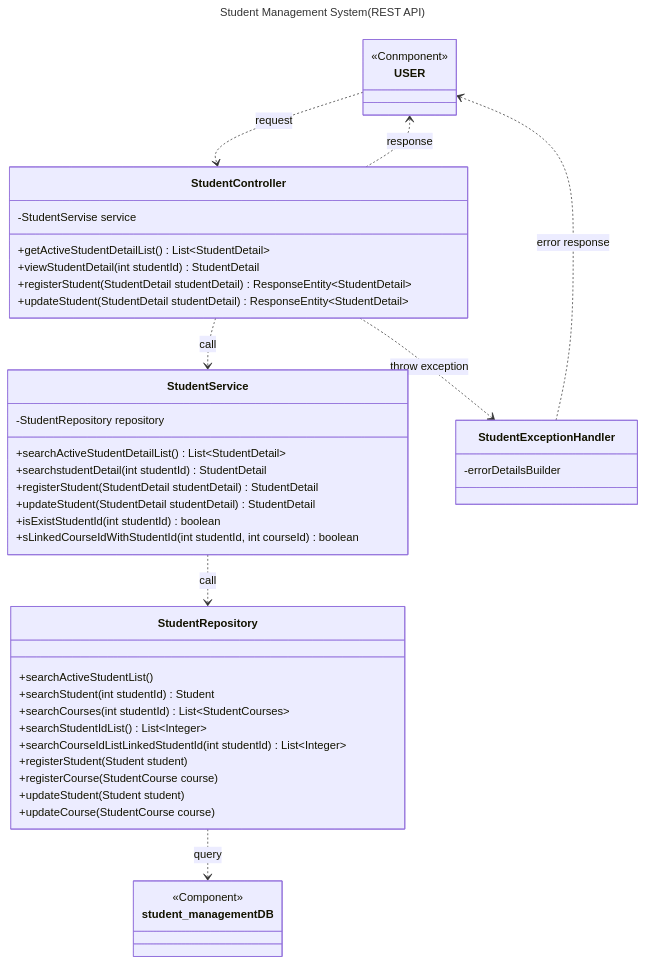
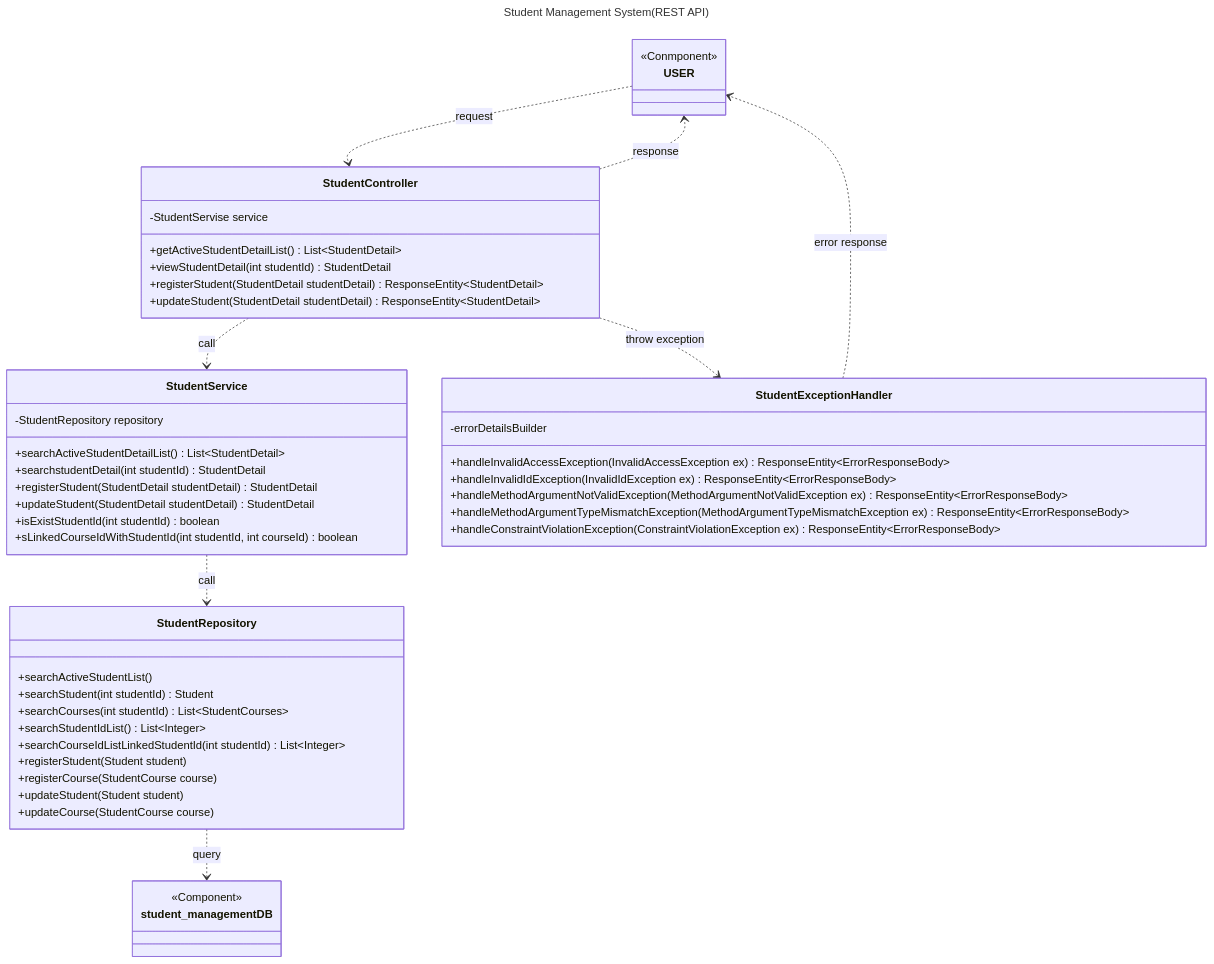
One commit to saway261/StudentManagement changed the fifth of 5 diagrams in README.md. Above: the diagram before and after it, drawn with Mermaid. The commit also changed other lines of this file, not shown here.

````diff
--- a/README.md
+++ b/README.md
@@ -148,57 +148,62 @@
 ```mermaid
 ---
 title: Student Management System(REST API)
 ---
 classDiagram
     class USER{
         <<Conmponent>>
     }
     class student_managementDB{
         <<Component>>
  }
     USER ..> StudentController:request
     
     direction TB
     StudentController ..> USER:response
     StudentController ..> StudentService:call
     StudentService ..> StudentRepository:call
     StudentRepository ..> student_management DB:query
     
 
     class StudentController{
         -StudentServise service
         +getActiveStudentDetailList() List~StudentDetail~
         +viewStudentDetail(int studentId) StudentDetail
         +registerStudent(StudentDetail studentDetail) ResponseEntity~StudentDetail~
         +updateStudent(StudentDetail studentDetail) ResponseEntity~StudentDetail~
     }
     class StudentService{
         -StudentRepository repository
         +searchActiveStudentDetailList() List~StudentDetail~
         +searchstudentDetail(int studentId) StudentDetail
         +registerStudent(StudentDetail studentDetail) StudentDetail
         +updateStudent(StudentDetail studentDetail) StudentDetail
         +isExistStudentId(int studentId) boolean
         +sLinkedCourseIdWithStudentId(int studentId, int courseId) boolean
     }
     class StudentRepository{
         +searchActiveStudentList()
         +searchStudent(int studentId) Student
         +searchCourses(int studentId) List~StudentCourses~
         +searchStudentIdList() List~Integer~
         +searchCourseIdListLinkedStudentId(int studentId) List~Integer~
         +registerStudent(Student student)
         +registerCourse(StudentCourse course)
         +updateStudent(Student student)
         +updateCourse(StudentCourse course)
     }
 
     class StudentExceptionHandler {
         -errorDetailsBuilder
+        +handleInvalidAccessException(InvalidAccessException ex) ResponseEntity~ErrorResponseBody~
+        +handleInvalidIdException(InvalidIdException ex) ResponseEntity~ErrorResponseBody~
+        +handleMethodArgumentNotValidException(MethodArgumentNotValidException ex) ResponseEntity~ErrorResponseBody~
+        +handleMethodArgumentTypeMismatchException(MethodArgumentTypeMismatchException ex) ResponseEntity~ErrorResponseBody~
+        +handleConstraintViolationException(ConstraintViolationException ex) ResponseEntity~ErrorResponseBody~
     }
 
     StudentController ..> StudentExceptionHandler:throw exception
     StudentExceptionHandler ..> USER:error response
   
 
 ```
````
